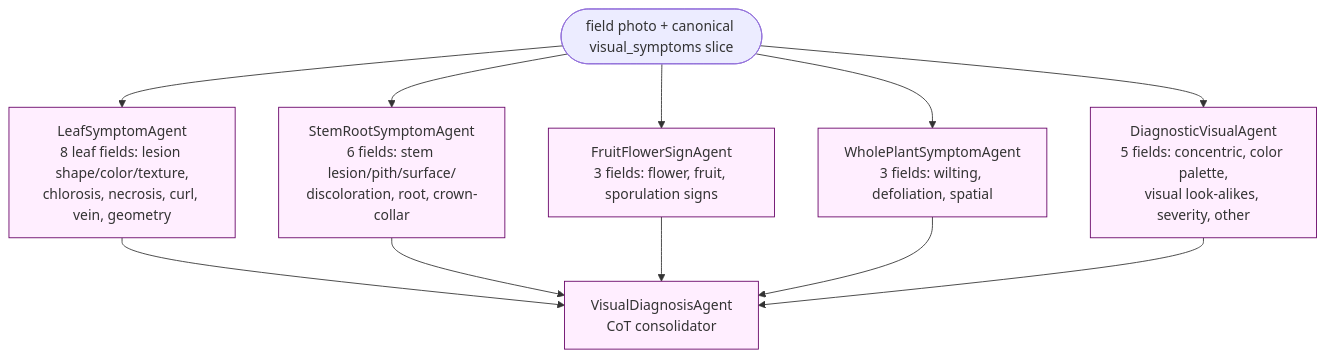
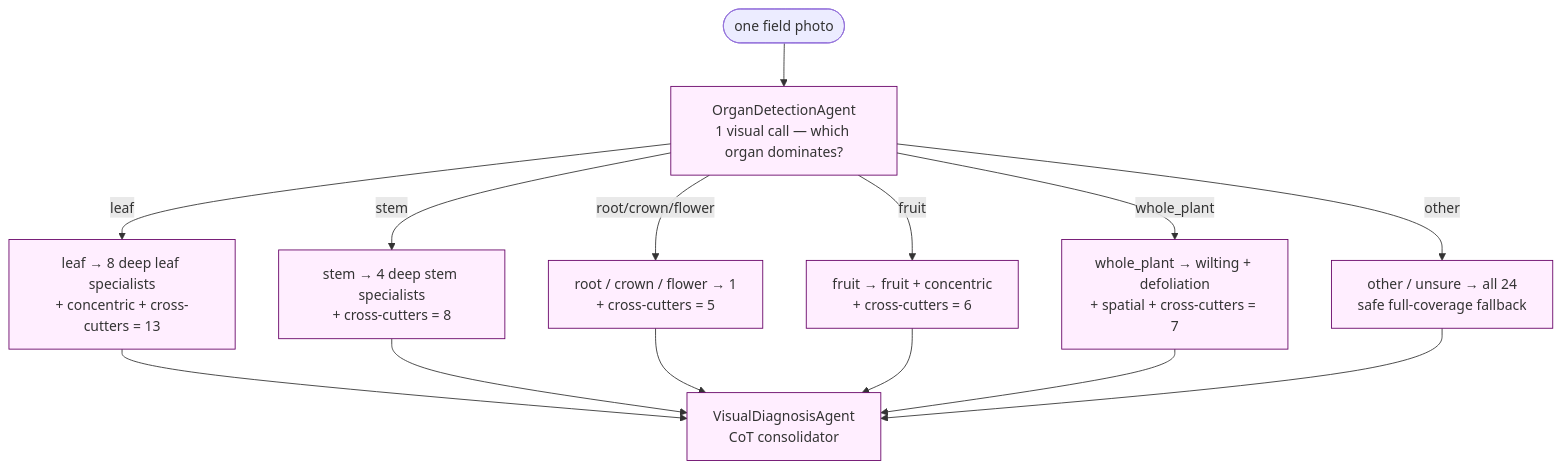
One commit to tirtho149/PRESAGE changed the third of 5 diagrams in PIPELINE.md. Above: the diagram before and after it, drawn with Mermaid. The commit also changed other lines of this file and 5 other files, not shown here.

````diff
--- a/PIPELINE.md
+++ b/PIPELINE.md
@@ -283,16 +272,24 @@
 ```mermaid
 flowchart TB
-    IMG([field photo + canonical visual_symptoms slice])
-    L[LeafSymptomAgent<br/>8 leaf fields: lesion shape/color/texture,<br/>chlorosis, necrosis, curl, vein, geometry]
-    S[StemRootSymptomAgent<br/>6 fields: stem lesion/pith/surface/<br/>discoloration, root, crown-collar]
-    F[FruitFlowerSignAgent<br/>3 fields: flower, fruit, sporulation signs]
-    W[WholePlantSymptomAgent<br/>3 fields: wilting, defoliation, spatial]
-    D[DiagnosticVisualAgent<br/>5 fields: concentric, color palette,<br/>visual look-alikes, severity, other]
+    IMG([one field photo])
+    OD[OrganDetectionAgent<br/>1 visual call — which organ dominates?]
+    LF[leaf → 8 deep leaf specialists<br/>+ concentric + cross-cutters = 13]
+    ST[stem → 4 deep stem specialists<br/>+ cross-cutters = 8]
+    RT[root / crown / flower → 1<br/>+ cross-cutters = 5]
+    FR[fruit → fruit + concentric<br/>+ cross-cutters = 6]
+    WP[whole_plant → wilting + defoliation<br/>+ spatial + cross-cutters = 7]
+    OT[other / unsure → all 24<br/>safe full-coverage fallback]
     C[VisualDiagnosisAgent<br/>CoT consolidator]
 
-    IMG --> L & S & F & W & D
-    L & S & F & W & D --> C
+    IMG --> OD
+    OD -->|leaf| LF
+    OD -->|stem| ST
+    OD -->|root/crown/flower| RT
+    OD -->|fruit| FR
+    OD -->|whole_plant| WP
+    OD -->|other| OT
+    LF & ST & RT & FR & WP & OT --> C
 
     classDef a fill:#fef,stroke:#606
-    class L,S,F,W,D,C a
+    class OD,LF,ST,RT,FR,WP,OT,C a
 ```
````
